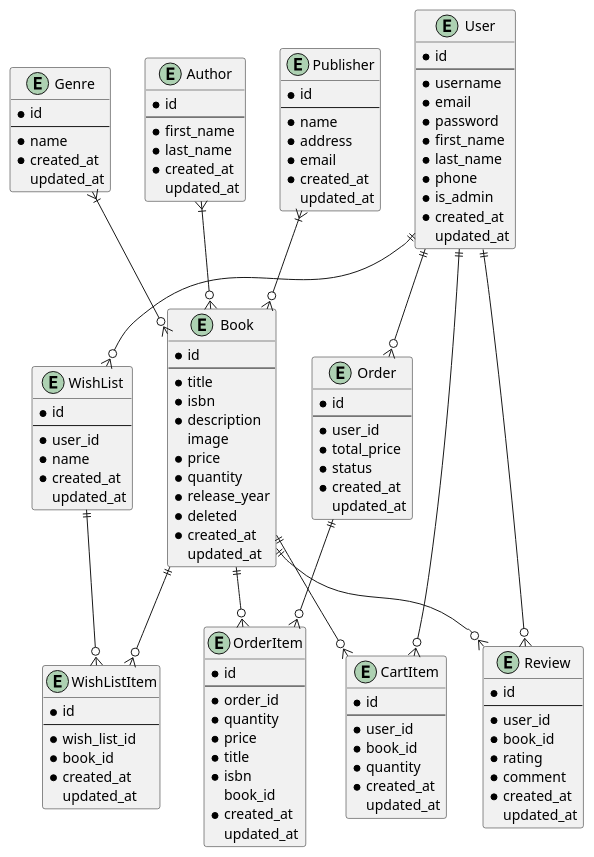
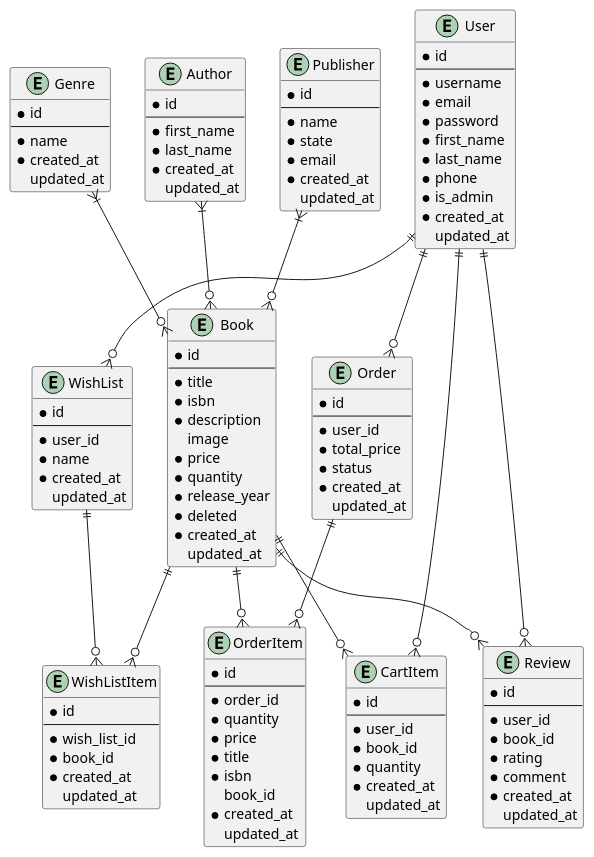
One commit to kacvinsky-tom/BookHub changed the diagram in Diagrams/ERD.puml. Above: the diagram before and after it, drawn with PlantUML. The commit also changed 48 other files, not shown here.

```diff
--- a/Diagrams/ERD.puml
+++ b/Diagrams/ERD.puml
@@ -1,133 +1,133 @@
 @startuml
 entity User {
     *id
     --
     *username
     *email
     *password
     *first_name
     *last_name
     *phone
     *is_admin
     *created_at
     updated_at
 }
 
 entity Book {
     *id
     --
     *title
     *isbn
     *description
     image
     *price
     *quantity
     *release_year
     *deleted
     *created_at
     updated_at
 }
 
 entity Genre {
     *id
     --
     *name
     *created_at
     updated_at
 }
 
 entity Author {
     *id
     --
     *first_name
     *last_name
     *created_at
     updated_at
 }
 
 entity Publisher {
     *id
     --
     *name
-    *address
+    *state
     *email
     *created_at
     updated_at
 }
 
 entity Order {
     *id
     --
     *user_id
     *total_price
     *status
     *created_at
     updated_at
 }
 
 entity OrderItem {
     *id
     --
     *order_id
     *quantity
     *price
     *title
     *isbn
     book_id
     *created_at
     updated_at
 }
 
 entity CartItem {
     *id
     --
     *user_id
     *book_id
     *quantity
     *created_at
     updated_at
 }
 
 entity Review {
     *id
     --
     *user_id
     *book_id
     *rating
     *comment
     *created_at
     updated_at
 }
 
 entity WishList {
     *id
     --
     *user_id
     *name
     *created_at
     updated_at
 }
 
 entity WishListItem {
     *id
     --
     *wish_list_id
     *book_id
     *created_at
     updated_at
 }
 
 User ||--o{ Order
 Order ||--o{ OrderItem
 User ||--o{ CartItem
 Book ||--o{ CartItem
 User ||--o{ Review
 Book ||--o{ Review
 User ||--o{ WishList
 WishList ||--o{ WishListItem
 Book ||--o{ WishListItem
 Book ||--o{ OrderItem
 Author }|--o{ Book
 Publisher }|--o{ Book
 Genre }|--o{ Book
 @enduml
```
